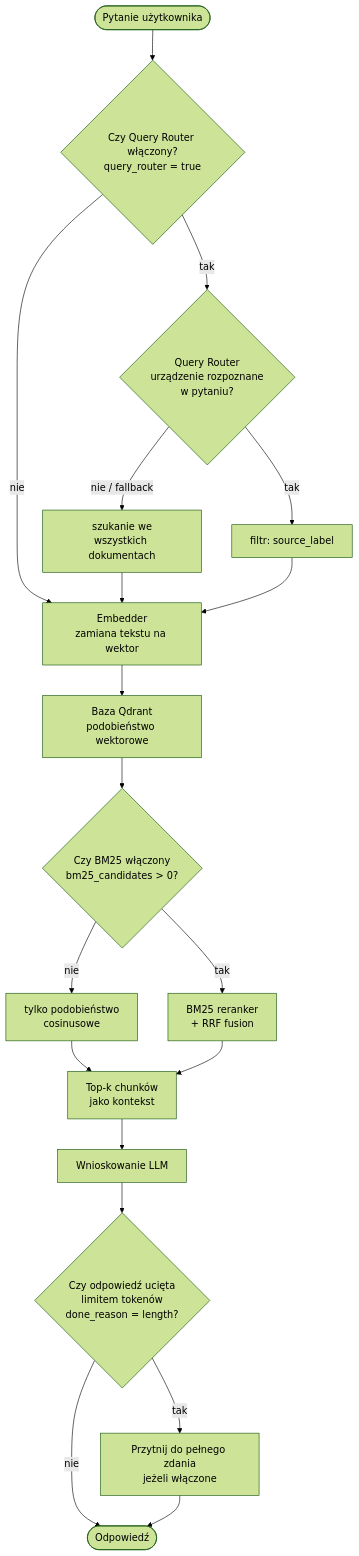
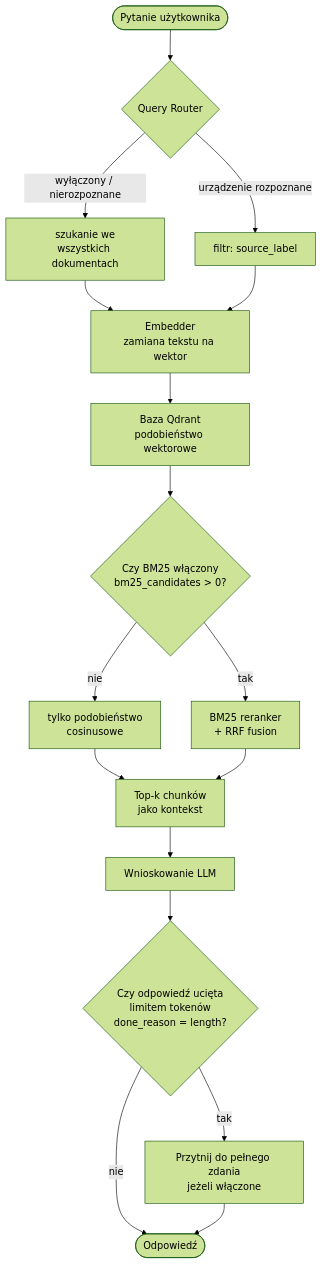
The diagram in README.md (protechnologia/bielik-runpod), drawn with Mermaid (forest theme) before and after one commit.

Commit message:
Poprawki do diagramu.

````diff
--- a/README.md
+++ b/README.md
@@ -819,25 +819,23 @@
 ```mermaid
 flowchart TD
-    Q([Pytanie użytkownika]) --> A{Czy Query Router włączony?\nquery_router = true}
+    Q([Pytanie użytkownika]) --> QR{Query Router}
 
-    A -- nie --> E[Embedder\nzamiana tekstu na wektor]
-    A -- tak --> R{Query Router\nurządzenie rozpoznane\nw pytaniu?}
-    R -- tak --> F[filtr: source_label]
-    R -- nie / fallback --> FB[szukanie we\nwszystkich dokumentach]
-    FB --> E
+    QR -- urządzenie rozpoznane --> F[filtr: source_label]
+    QR -- wyłączony / nierozpoznane --> FB[szukanie we\nwszystkich dokumentach]
+    FB --> E[Embedder\nzamiana tekstu na wektor]
 
     F --> E[Embedder\nzamiana tekstu na wektor]
     E --> S[Baza Qdrant\npodobieństwo wektorowe]
 
     S --> B{Czy BM25 włączony\nbm25_candidates > 0?}
     B -- nie --> COS[tylko podobieństwo\ncosinusowe]
     COS --> CTX
     B -- tak --> BM[BM25 reranker\n+ RRF fusion]
     BM --> CTX
 
     CTX[Top-k chunków\njako kontekst] --> LLM[Wnioskowanie LLM]
     LLM --> TR{Czy odpowiedź ucięta\nlimitem tokenów\ndone_reason = length?}
     TR -- nie --> ANS([Odpowiedź])
     TR -- tak --> TRS[Przytnij do pełnego zdania\njeżeli włączone]
     TRS --> ANS([Odpowiedź])
 ```
````
